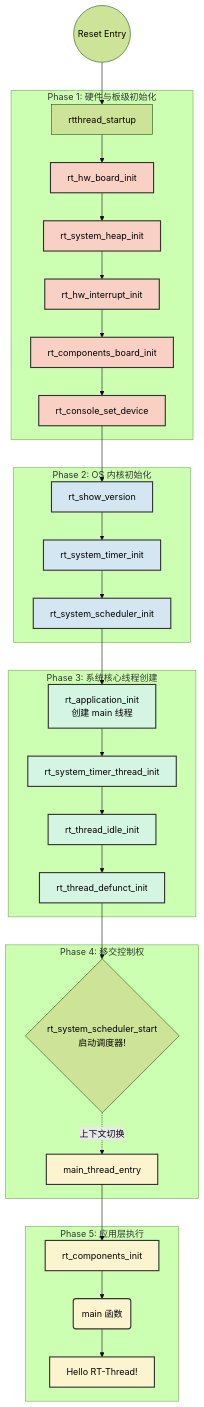
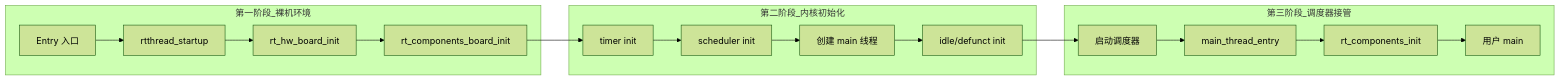
The second of 25 diagrams in 源码阅读/RT-thread源码阅读/2.启动主链分析.md (chengtao-ct/Flushingbondading_Notes), drawn with Mermaid (forest theme) before and after one commit. The commit also changed other lines of this file and 98 other files, not shown here.

````diff
--- a/源码阅读/RT-thread源码阅读/2.启动主链分析.md
+++ b/源码阅读/RT-thread源码阅读/2.启动主链分析.md
@@ -46,46 +71,22 @@
 ```mermaid
-graph TD
-    %% 定义样式
-    classDef hardware fill:#f9d0c4,stroke:#333,stroke-width:2px;
-    classDef kernel fill:#d4e6f1,stroke:#333,stroke-width:2px;
-    classDef thread fill:#d5f5e3,stroke:#333,stroke-width:2px;
-    classDef app fill:#fcf3cf,stroke:#333,stroke-width:2px;
-
-    Entry((Reset Entry)) --> STARTUP[rtthread_startup]
+graph LR
+    subgraph 第一阶段_裸机环境
+        A1[Entry 入口] --> A2[rtthread_startup]
+        A2 --> A3[rt_hw_board_init]
+        A3 --> A4[rt_components_board_init]
+    end
     
-    subgraph Phase 1: 硬件与板级初始化
-        STARTUP --> HW_INIT[rt_hw_board_init]
-        HW_INIT --> HEAP[rt_system_heap_init]
-        HEAP --> INT[rt_hw_interrupt_init]
-        INT --> COMP_BD[rt_components_board_init]
-        COMP_BD --> CONSOLE[rt_console_set_device]
+    subgraph 第二阶段_内核初始化
+        A4 --> B1[timer init]
+        B1 --> B2[scheduler init]
+        B2 --> B3[创建 main 线程]
+        B3 --> B4[idle/defunct init]
     end
-    class HW_INIT,HEAP,INT,COMP_BD,CONSOLE hardware
-
-    subgraph Phase 2: OS 内核初始化
-        CONSOLE --> VER[rt_show_version]
-        VER --> TIMER[rt_system_timer_init]
-        TIMER --> SCHED[rt_system_scheduler_init]
+    
+    subgraph 第三阶段_调度器接管
+        B4 --> C1[启动调度器]
+        C1 --> C2[main_thread_entry]
+        C2 --> C3[rt_components_init]
+        C3 --> C4[用户 main]
     end
-    class VER,TIMER,SCHED kernel
-
-    subgraph Phase 3: 系统核心线程创建
-        SCHED --> APP_INIT[rt_application_init<br>创建 main 线程]
-        APP_INIT --> TIMER_TH[rt_system_timer_thread_init]
-        TIMER_TH --> IDLE_TH[rt_thread_idle_init]
-        IDLE_TH --> DEF[rt_thread_defunct_init]
-    end
-    class APP_INIT,TIMER_TH,IDLE_TH,DEF thread
-
-    subgraph Phase 4: 移交控制权
-        DEF --> START_SCHED{rt_system_scheduler_start<br>启动调度器!}
-        START_SCHED -.上下文切换.-> MAIN_ENTRY[main_thread_entry]
-    end
-
-    subgraph Phase 5: 应用层执行
-        MAIN_ENTRY --> COMP_INIT[rt_components_init]
-        COMP_INIT --> MAIN(main 函数)
-        MAIN --> PRINT["Hello RT-Thread!"]
-    end
-    class MAIN_ENTRY,COMP_INIT,MAIN,PRINT app
 ```
````
